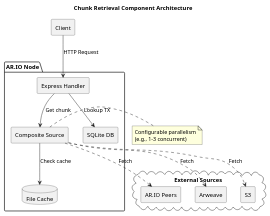
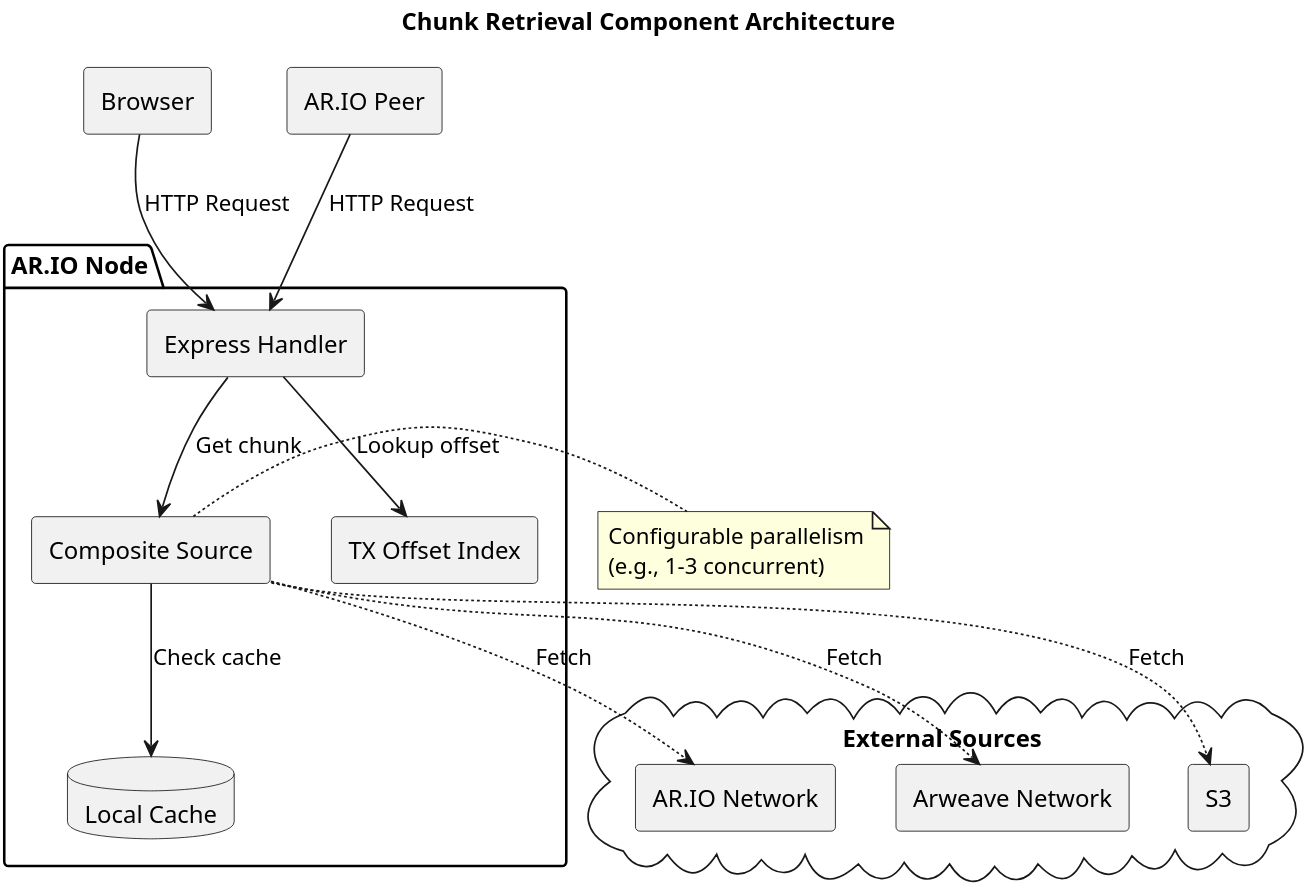
One commit to ar-io/ar-io-node changed the diagram in docs/diagrams/src/chunk-component-architecture.puml. Above: the diagram before and after it, drawn with PlantUML.

Commit message:
docs: improve chunk component architecture diagram clarity (PE-8468)
- Double diagram size for better readability (DPI 400)
- Update component names for accuracy:
  - "SQLite DB" → "TX Offset Index"
  - "File Cache" → "Local Cache"
  - "AR.IO Peers" → "AR.IO Network"
  - "Arweave" → "Arweave Network"
- Add separate Browser and AR.IO Peer client components
- Update abbreviations for consistency (TOI, LC, ARIO, AR)
- Change "Lookup TX" to "Lookup offset" for clarity

🤖 Generated with [Claude Code](https://claude.ai/code)

```diff
--- a/docs/diagrams/src/chunk-component-architecture.puml
+++ b/docs/diagrams/src/chunk-component-architecture.puml
@@ -1,32 +1,35 @@
 @startuml
+skinparam dpi 400
 skinparam backgroundColor white
 skinparam componentStyle rectangle
 
 title Chunk Retrieval Component Architecture
 
-component "Client" as C
+component "Browser" as B
+component "AR.IO Peer" as P
 
 package "AR.IO Node" {
   component "Express Handler" as H
-  component "SQLite DB" as DB
+  component "TX Offset Index" as TOI
   component "Composite Source" as CS
-  database "File Cache" as FC
+  database "Local Cache" as LC
 }
 
 cloud "External Sources" {
-  component "AR.IO Peers" as P
-  component "Arweave" as A
-  component "S3" as S
+  component "AR.IO Network" as ARIO
+  component "Arweave Network" as AR
+  component "S3" as S3
 }
 
-C --> H: HTTP Request
-H --> DB: Lookup TX
+B --> H: HTTP Request
+P --> H: HTTP Request
+H --> TOI: Lookup offset
 H --> CS: Get chunk
-CS --> FC: Check cache
-CS ..> P: Fetch
-CS ..> A: Fetch
-CS ..> S: Fetch
+CS --> LC: Check cache
+CS ..> ARIO: Fetch
+CS ..> AR: Fetch
+CS ..> S3: Fetch
 
 note right of CS: Configurable parallelism\n(e.g., 1-3 concurrent)
 
 @enduml
```
